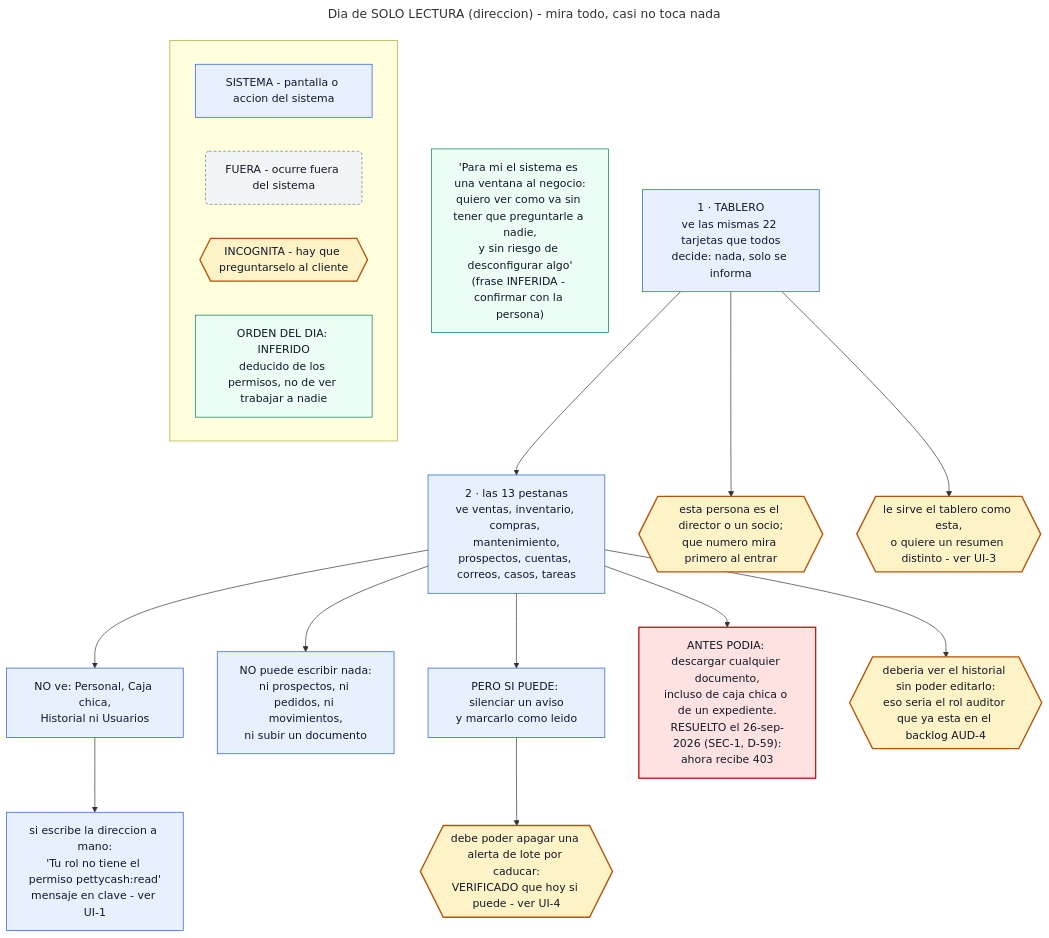
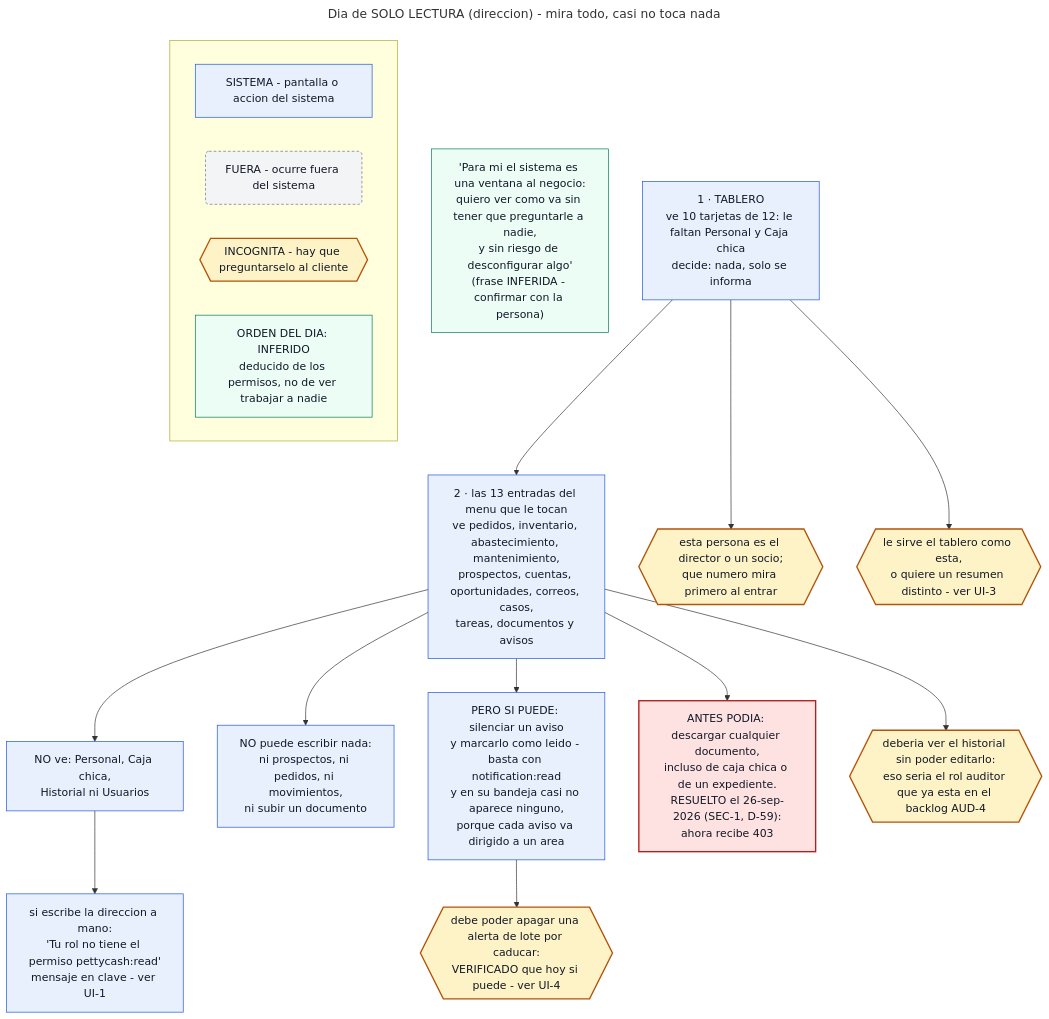
The diagram in docs/diagrams/21_uso_lectura.mmd (erimaan13-cmd/lahuerta-crm), drawn with Mermaid before and after one commit. The commit also changed 21 other files, not shown here.

First line of the commit message:
Sincroniza los diagramas con la auditoría y agrega la guía de junta

```diff
--- a/docs/diagrams/21_uso_lectura.mmd
+++ b/docs/diagrams/21_uso_lectura.mmd
@@ -1,40 +1,40 @@
 ---
 title: Dia de SOLO LECTURA (direccion) - mira todo, casi no toca nada
 ---
 flowchart TB
   subgraph LEYENDA[" "]
     L1["SISTEMA - pantalla o accion del sistema"]
     L2("FUERA - ocurre fuera del sistema")
     L3{{"INCOGNITA - hay que preguntarselo al cliente"}}
     L4["ORDEN DEL DIA: INFERIDO<br/>deducido de los permisos, no de ver trabajar a nadie"]
   end
 
   F1["'Para mi el sistema es una ventana al negocio:<br/>quiero ver como va sin tener que preguntarle a nadie,<br/>y sin riesgo de desconfigurar algo'<br/>(frase INFERIDA - confirmar con la persona)"]
 
-  A1["1 · TABLERO<br/>ve las mismas 22 tarjetas que todos<br/>decide: nada, solo se informa"]
-  A1 --> A2["2 · las 13 pestanas<br/>ve ventas, inventario, compras, mantenimiento,<br/>prospectos, cuentas, correos, casos, tareas"]
+  A1["1 · TABLERO<br/>ve 10 tarjetas de 12: le faltan Personal y Caja chica<br/>decide: nada, solo se informa"]
+  A1 --> A2["2 · las 13 entradas del menu que le tocan<br/>ve pedidos, inventario, abastecimiento, mantenimiento,<br/>prospectos, cuentas, oportunidades, correos, casos,<br/>tareas, documentos y avisos"]
 
   A2 --> B1["NO ve: Personal, Caja chica,<br/>Historial ni Usuarios"]
   B1 --> B2["si escribe la direccion a mano:<br/>'Tu rol no tiene el permiso pettycash:read'<br/>mensaje en clave - ver UI-1"]
 
   A2 --> C1["NO puede escribir nada:<br/>ni prospectos, ni pedidos, ni movimientos,<br/>ni subir un documento"]
 
-  A2 --> D1["PERO SI PUEDE: silenciar un aviso<br/>y marcarlo como leido"]
+  A2 --> D1["PERO SI PUEDE: silenciar un aviso<br/>y marcarlo como leido - basta con notification:read<br/>y en su bandeja casi no aparece ninguno,<br/>porque cada aviso va dirigido a un area"]
   D1 --> D2{{"debe poder apagar una alerta de lote por caducar:<br/>VERIFICADO que hoy si puede - ver UI-4"}}
 
   A2 --> E1["ANTES PODIA: descargar cualquier documento,<br/>incluso de caja chica o de un expediente.<br/>RESUELTO el 26-sep-2026 (SEC-1, D-59):<br/>ahora recibe 403"]
 
   A1 --> F2{{"esta persona es el director o un socio;<br/>que numero mira primero al entrar"}}
   A1 --> F3{{"le sirve el tablero como esta,<br/>o quiere un resumen distinto - ver UI-3"}}
   A2 --> F4{{"deberia ver el historial sin poder editarlo:<br/>eso seria el rol auditor que ya esta en el backlog AUD-4"}}
 
   classDef sistema fill:#e8f0fe,stroke:#1a56db,color:#111827
   classDef fuera fill:#f3f4f6,stroke:#6b7280,color:#111827,stroke-dasharray: 4 3
   classDef incognita fill:#fef3c7,stroke:#b45309,color:#111827,stroke-width:2px
   classDef frase fill:#ecfdf5,stroke:#047857,color:#111827
   classDef riesgo fill:#fee2e2,stroke:#b91c1c,color:#111827,stroke-width:2px
   class L1,A1,A2,B1,B2,C1,D1 sistema
   class L2 fuera
   class L3,D2,F2,F3,F4 incognita
   class F1,L4 frase
   class E1 riesgo
```
